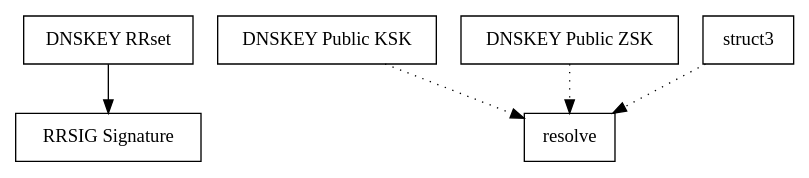
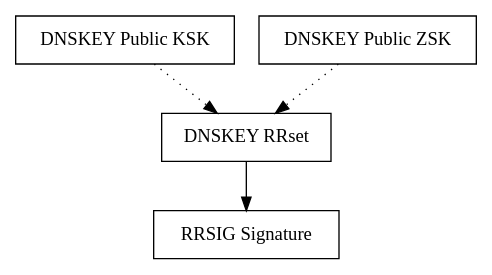
Before and after one commit to omussell/homelab: the diagram in pic/ksk.gv, drawn with Graphviz. The commit also changed 1 other file, not shown here.

```diff
--- a/pic/ksk.gv
+++ b/pic/ksk.gv
@@ -1,12 +1,11 @@
 digraph structs {
 node [shape=record];
 	dnskey [shape=record, label="DNSKEY RRset"];
 	struct1 [shape=record, label="DNSKEY Public KSK"];
 	struct2 [shape=record, label="DNSKEY Public ZSK"];
 	verified [shape=record, label="RRSIG Signature"];
 
-	struct1 -> resolve [style=dotted];
-	struct2 -> resolve [style=dotted];
-	struct3 -> resolve [style=dotted];
+	struct1 -> dnskey [style=dotted];
+	struct2 -> dnskey [style=dotted];
 	dnskey -> verified;
 }
```
